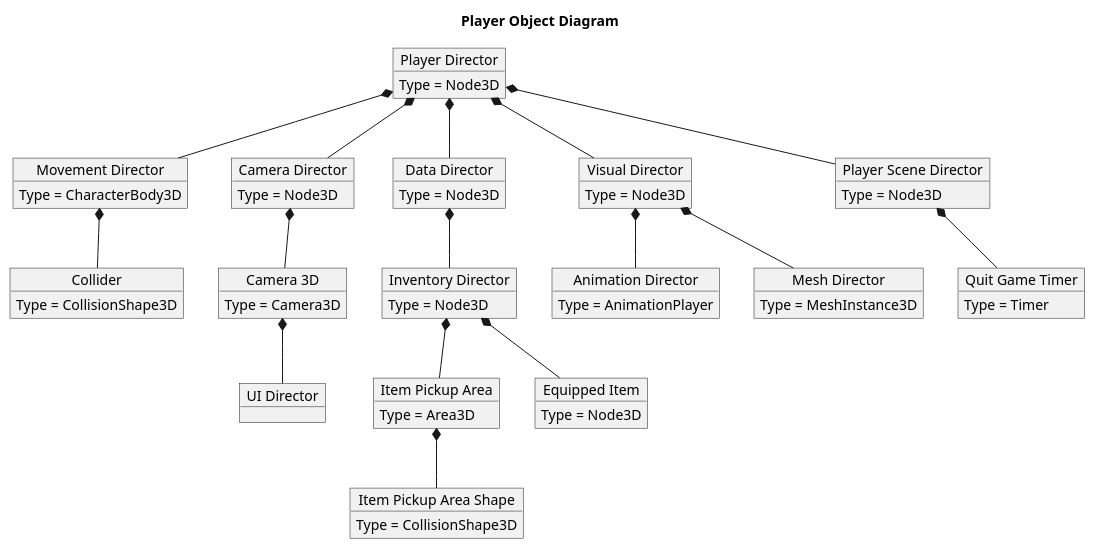
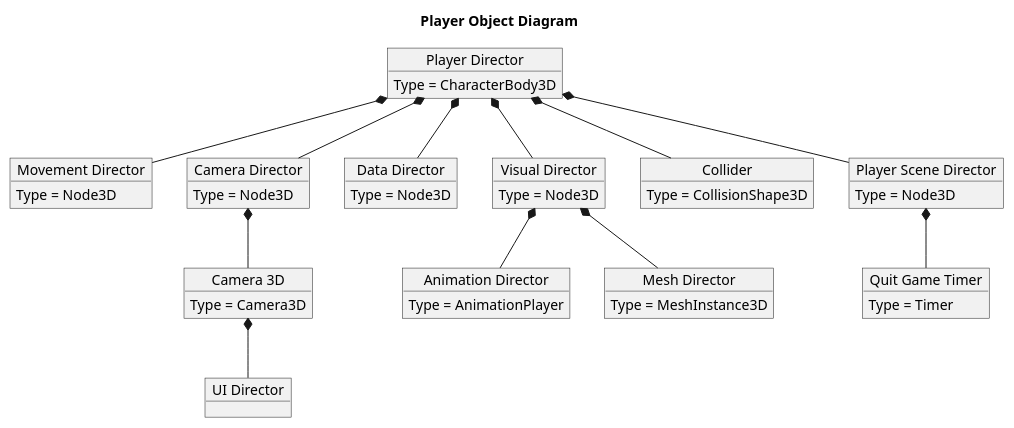
Before and after one commit to kjtkanaly/Roguelike-Shoot-Em-Up: the diagram in Godot-Project/UML-Diagrams/src/Player-Object.puml, drawn with PlantUML. The commit also changed 2 other files, not shown here.

Commit message:
Updating the player uml diagrams to refelct the object and class info.

```diff
--- a/Godot-Project/UML-Diagrams/src/Player-Object.puml
+++ b/Godot-Project/UML-Diagrams/src/Player-Object.puml
@@ -1,55 +1,43 @@
 @startuml Player Object
 
 title Player Object Diagram
 
 object "Player Director" as Player
 
 object "Movement Director" as Movement
 object "Camera Director" as CameraDir
 object "Data Director" as Data
 object "Visual Director" as Visual
 object "Collider" as Collider
 object "Camera 3D" as Camera
 object "UI Director" as UIDir
 object "Animation Director" as Animation
 object "Mesh Director" as Mesh
-object "Inventory Director" as InventoryDir
-object "Item Pickup Area" as PickupArea
-object "Item Pickup Area Shape" as PickupShape
-object "Equipped Item" as EquippedItem
 object "Player Scene Director" as SceneDir
 object "Quit Game Timer" as QuitTimer
 
-Player : Type = Node3D
-Movement : Type = CharacterBody3D
+Player : Type = CharacterBody3D
+Movement : Type = Node3D
 CameraDir : Type = Node3D
 Data : Type = Node3D
 Visual : Type = Node3D
 Collider : Type = CollisionShape3D
 Camera : Type = Camera3D
 Animation : Type = AnimationPlayer
 Mesh : Type = MeshInstance3D
-InventoryDir : Type = Node3D
-PickupArea : Type = Area3D
-PickupShape : Type = CollisionShape3D
-EquippedItem : Type = Node3D
 SceneDir : Type = Node3D
 QuitTimer : Type = Timer
 
 Player *-- Movement
 Player *-- CameraDir
 Player *-- Data
 Player *-- Visual
-Movement *-- Collider
+Player *-- Collider
 CameraDir *-- Camera
 Camera *-- UIDir
 Visual *-- Animation
 Visual *-- Mesh
-Data *-- InventoryDir
-InventoryDir *-- PickupArea
-PickupArea *-- PickupShape
-InventoryDir *-- EquippedItem
 Player *-- SceneDir
 SceneDir *-- QuitTimer
 
 @enduml
```
